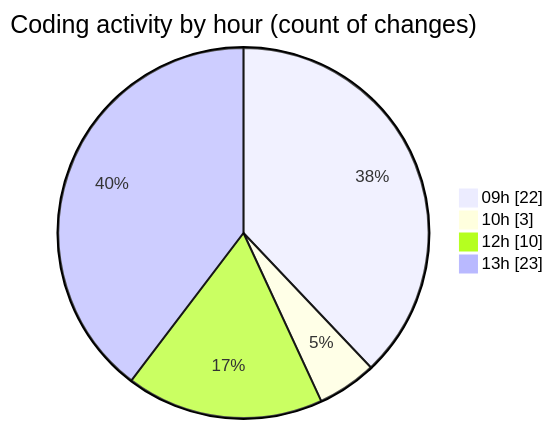
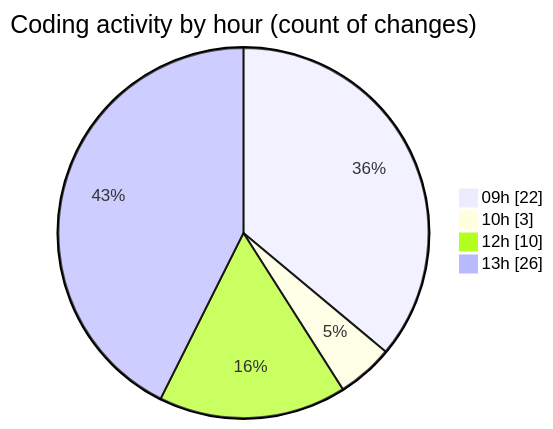
One commit to momahboobian/code-tracking changed the second of 2 diagrams in 2025-06-27/cda/README.md. Above: the diagram before and after it, drawn with Mermaid. The commit also changed other lines of this file and 1 other file, not shown here.

````diff
--- a/2025-06-27/cda/README.md
+++ b/2025-06-27/cda/README.md
@@ -38,8 +38,8 @@
 ```mermaid
 pie showData
 title Coding activity by hour (count of changes)
 "09h" : 22
 "10h" : 3
 "12h" : 10
-"13h" : 23
+"13h" : 26
 ```
````
